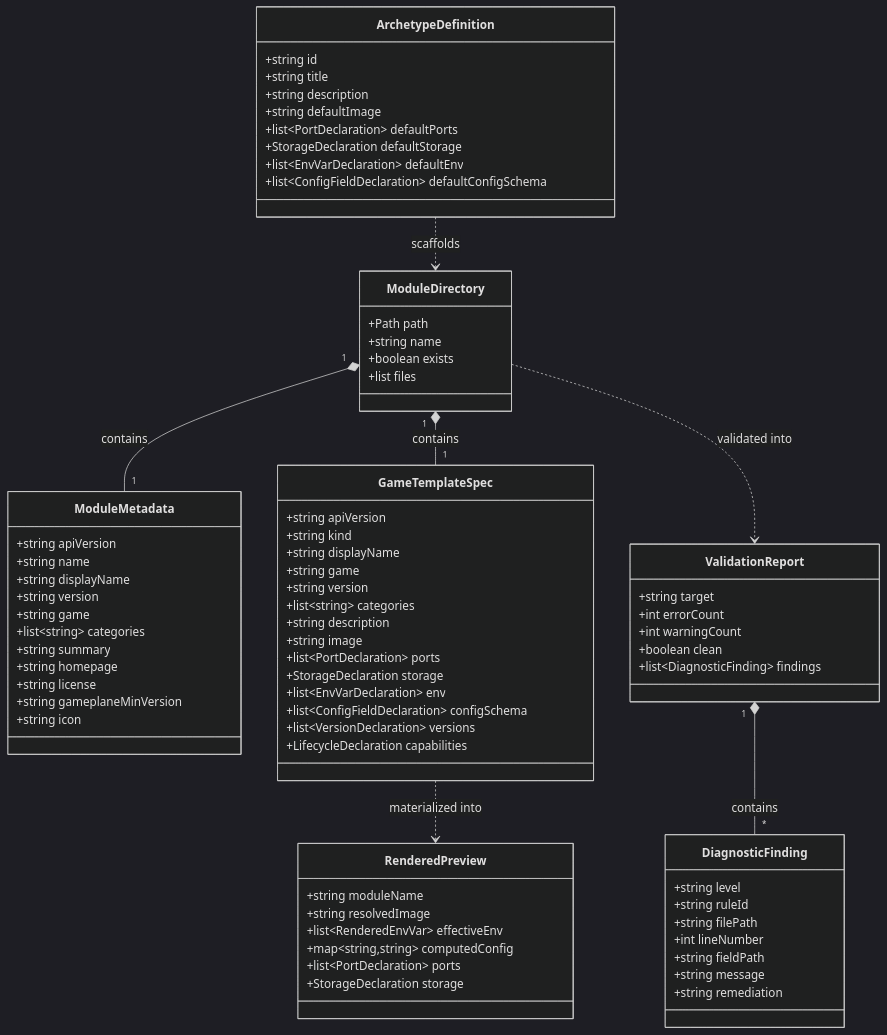
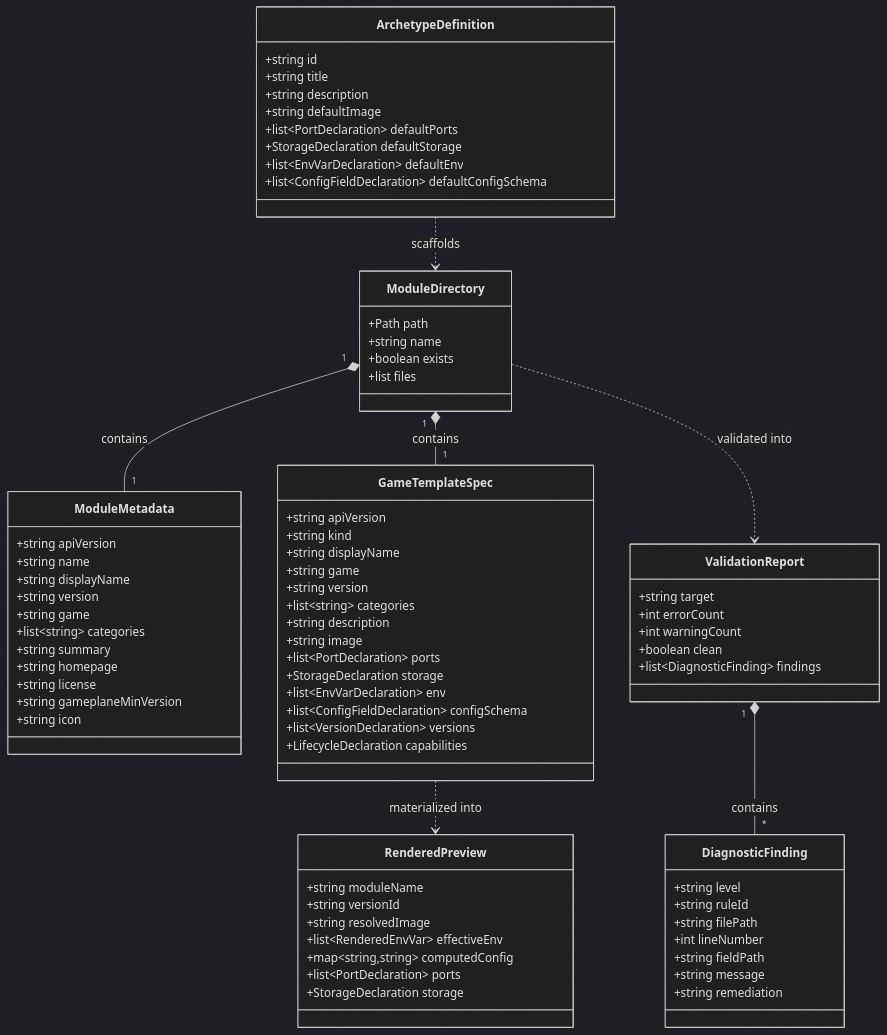
Before and after one commit to Baylem/Gameplane: the diagram in specs/010-easy-module-building/data-model.md, drawn with Mermaid (dark theme). The commit also changed other lines of this file and 4 other files, not shown here.

```diff
--- a/specs/010-easy-module-building/data-model.md
+++ b/specs/010-easy-module-building/data-model.md
@@ -79,6 +79,7 @@
 
     class RenderedPreview {
         +string moduleName
+        +string versionId
         +string resolvedImage
         +list~RenderedEnvVar~ effectiveEnv
         +map~string,string~ computedConfig
```
